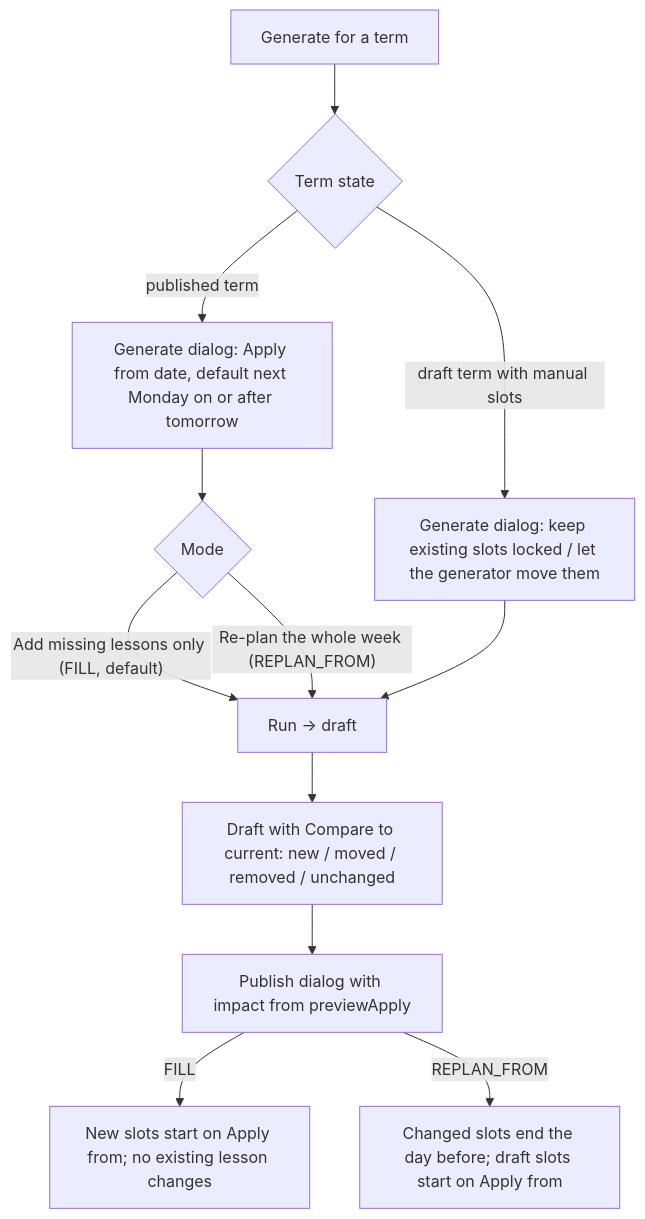
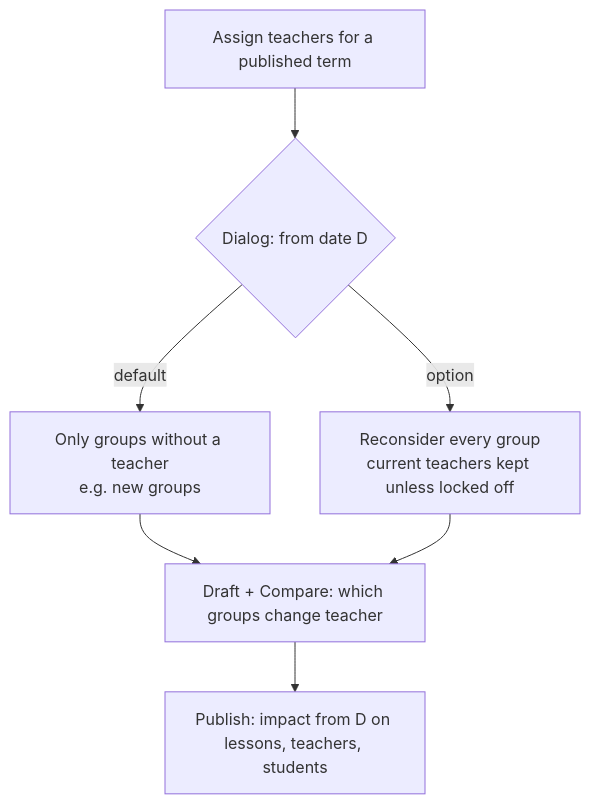
Before and after one commit to NoncommissionedRush/schoolmanager: the second of 2 diagrams in docs/design/timetable-generator.md, drawn with Mermaid. The commit also changed other lines of this file and 1 other file, not shown here.

First line of the commit message:
docs(design): CARM-54 rework generator spec to fixed group times + teacher assignment

````diff
--- a/docs/design/timetable-generator.md
+++ b/docs/design/timetable-generator.md
@@ -97,14 +95,9 @@
 ```mermaid
 flowchart TD
-  S[Generate for a term] --> K{Term state}
-  K -- "draft term with manual slots" --> IM[Generate dialog: keep existing slots locked / let the generator move them]
-  K -- "published term" --> AF[Generate dialog: Apply from date, default next Monday on or after tomorrow]
-  AF --> M{Mode}
-  M -- "Add missing lessons only (FILL, default)" --> R
-  M -- "Re-plan the whole week (REPLAN_FROM)" --> R
-  IM --> R[Run → draft]
-  R --> CMP[Draft with Compare to current: new / moved / removed / unchanged]
-  CMP --> P[Publish dialog with impact from previewApply]
-  P -- FILL --> OKF[New slots start on Apply from; no existing lesson changes]
-  P -- REPLAN_FROM --> OKR[Changed slots end the day before; draft slots start on Apply from]
+  S[Assign teachers for a published term] --> M{Dialog: from date D}
+  M -- "default" --> F[Only groups without a teacher<br/>e.g. new groups]
+  M -- option --> RP[Reconsider every group<br/>current teachers kept unless locked off]
+  F --> DR[Draft + Compare: which groups change teacher]
+  RP --> DR
+  DR --> P[Publish: impact from D on lessons, teachers, students]
 ```
````
